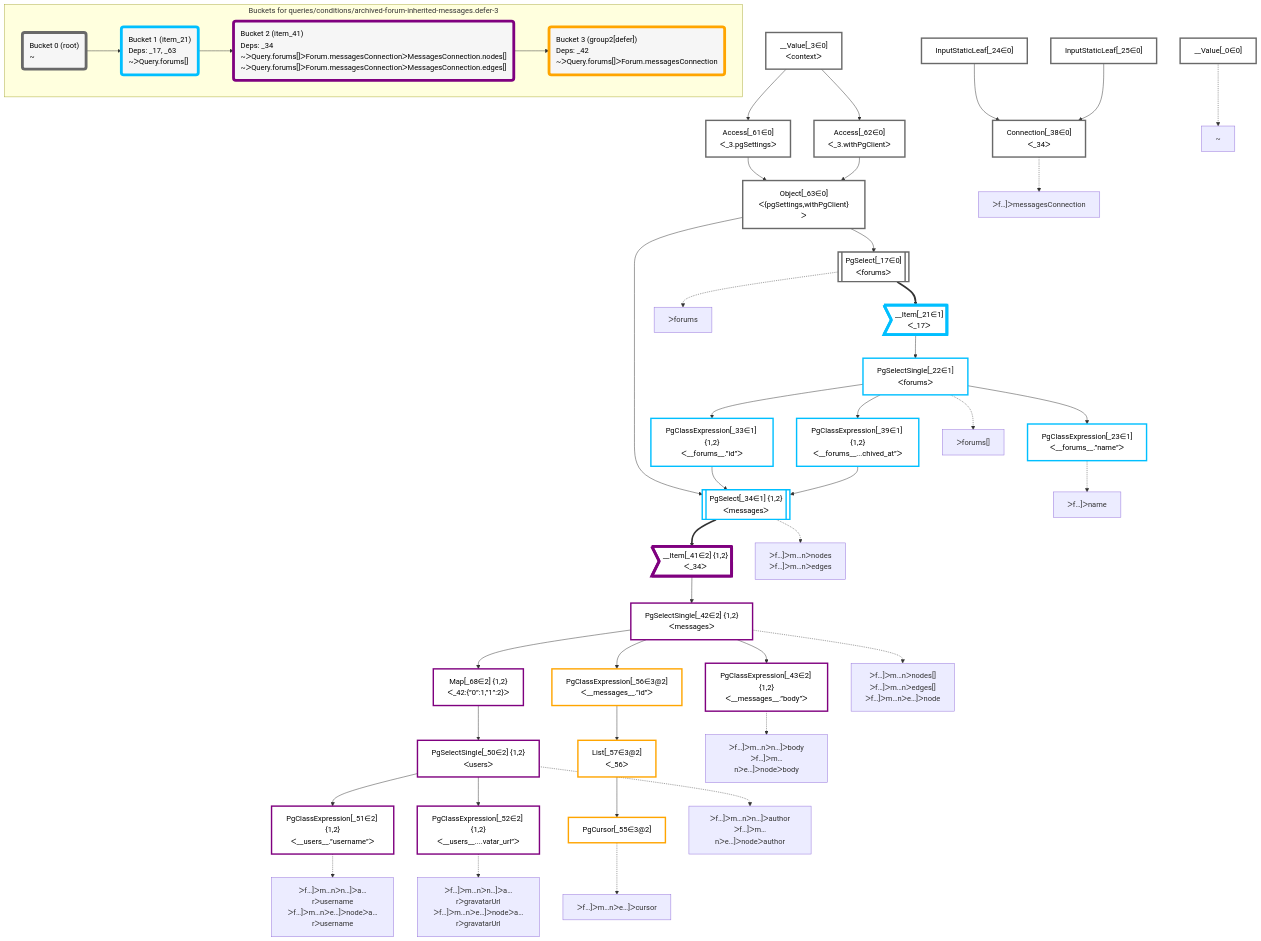
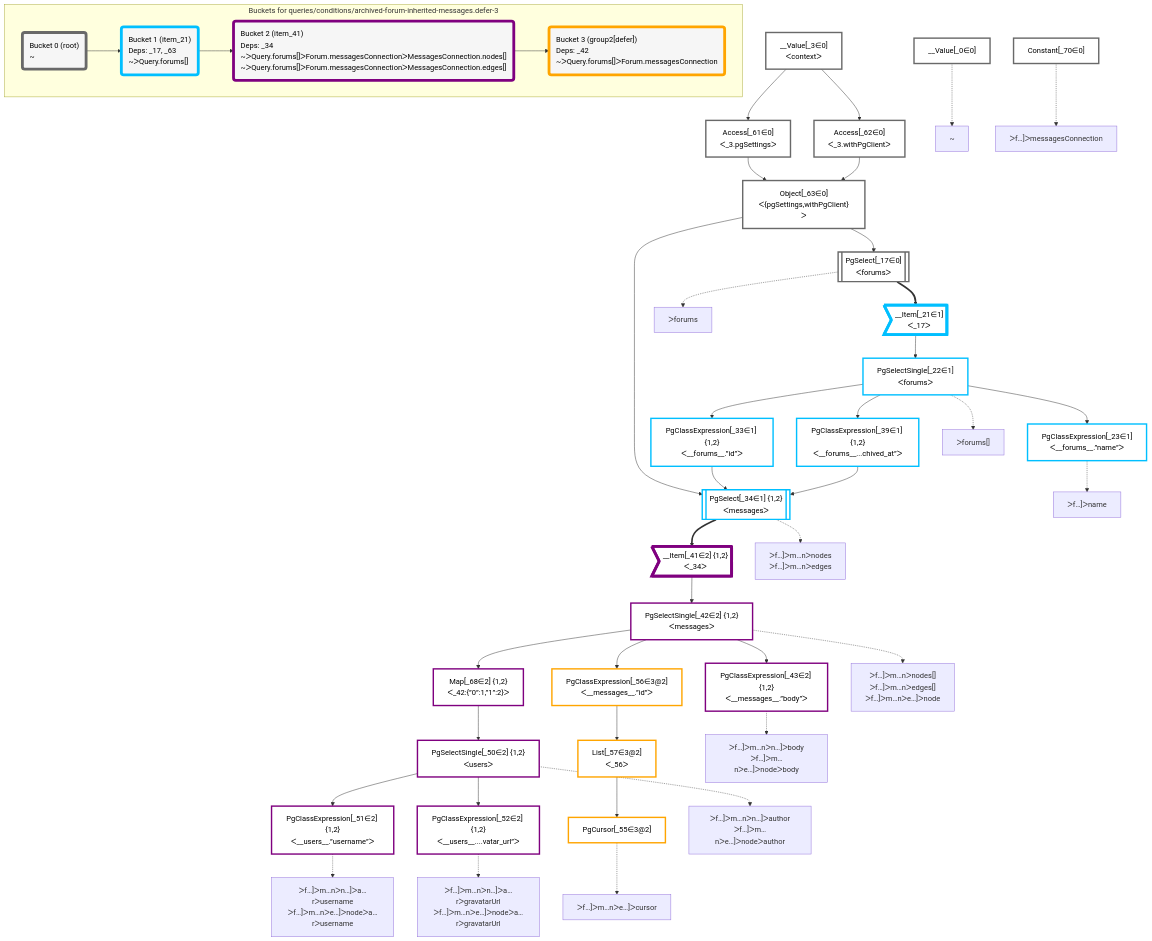
One commit to graphile/crystal changed the diagram in packages/dataplan-pg/__tests__/queries/conditions/archived-forum-inherited-messages.defer-3.mermaid.md. Above: the diagram before and after it, drawn with Mermaid. The commit also changed 57 other files, not shown here.

```diff
--- a/packages/dataplan-pg/__tests__/queries/conditions/archived-forum-inherited-messages.defer-3.mermaid.md
+++ b/packages/dataplan-pg/__tests__/queries/conditions/archived-forum-inherited-messages.defer-3.mermaid.md
@@ -30,9 +30,7 @@
     Access_61["Access[_61∈0]<br />ᐸ_3.pgSettingsᐳ"]:::plan
     Access_62["Access[_62∈0]<br />ᐸ_3.withPgClientᐳ"]:::plan
     __Value_3["__Value[_3∈0]<br />ᐸcontextᐳ"]:::plan
-    Connection_38["Connection[_38∈0]<br />ᐸ_34ᐳ"]:::plan
-    InputStaticLeaf_24["InputStaticLeaf[_24∈0]"]:::plan
-    InputStaticLeaf_25["InputStaticLeaf[_25∈0]"]:::plan
+    Constant_70["Constant[_70∈0]"]:::plan
 
     %% plan dependencies
     PgSelectSingle_22 --> PgClassExpression_23
@@ -55,7 +53,6 @@
     Access_61 & Access_62 --> Object_63
     __Value_3 --> Access_61
     __Value_3 --> Access_62
-    InputStaticLeaf_24 & InputStaticLeaf_25 --> Connection_38
 
     %% plan-to-path relationships
     P_0["~"]
@@ -68,8 +65,6 @@
     PgClassExpression_23 -.-> P_23
     P_34["ᐳf…]ᐳm…nᐳnodes<br />ᐳf…]ᐳm…nᐳedges"]
     PgSelect_34 -.-> P_34
-    P_38["ᐳf…]ᐳmessagesConnection"]
-    Connection_38 -.-> P_38
     P_42["ᐳf…]ᐳm…nᐳnodes[]<br />ᐳf…]ᐳm…nᐳedges[]<br />ᐳf…]ᐳm…nᐳe…]ᐳnode"]
     PgSelectSingle_42 -.-> P_42
     P_43["ᐳf…]ᐳm…nᐳn…]ᐳbody<br />ᐳf…]ᐳm…nᐳe…]ᐳnodeᐳbody"]
@@ -82,11 +77,13 @@
     PgClassExpression_52 -.-> P_52
     P_55["ᐳf…]ᐳm…nᐳe…]ᐳcursor"]
     PgCursor_55 -.-> P_55
+    P_70["ᐳf…]ᐳmessagesConnection"]
+    Constant_70 -.-> P_70
 
     subgraph "Buckets for queries/conditions/archived-forum-inherited-messages.defer-3"
     Bucket0("Bucket 0 (root)<br />~"):::bucket
     classDef bucket0 stroke:#696969
-    class Bucket0,__Value_0,__Value_3,PgSelect_17,InputStaticLeaf_24,InputStaticLeaf_25,Connection_38,Access_61,Access_62,Object_63 bucket0
+    class Bucket0,__Value_0,__Value_3,PgSelect_17,Access_61,Access_62,Object_63,Constant_70 bucket0
     Bucket1("Bucket 1 (item_21)<br />Deps: _17, _63<br />~ᐳQuery.forums[]"):::bucket
     classDef bucket1 stroke:#00bfff
     class Bucket1,__Item_21,PgSelectSingle_22,PgClassExpression_23,PgClassExpression_33,PgSelect_34,PgClassExpression_39 bucket1
```
